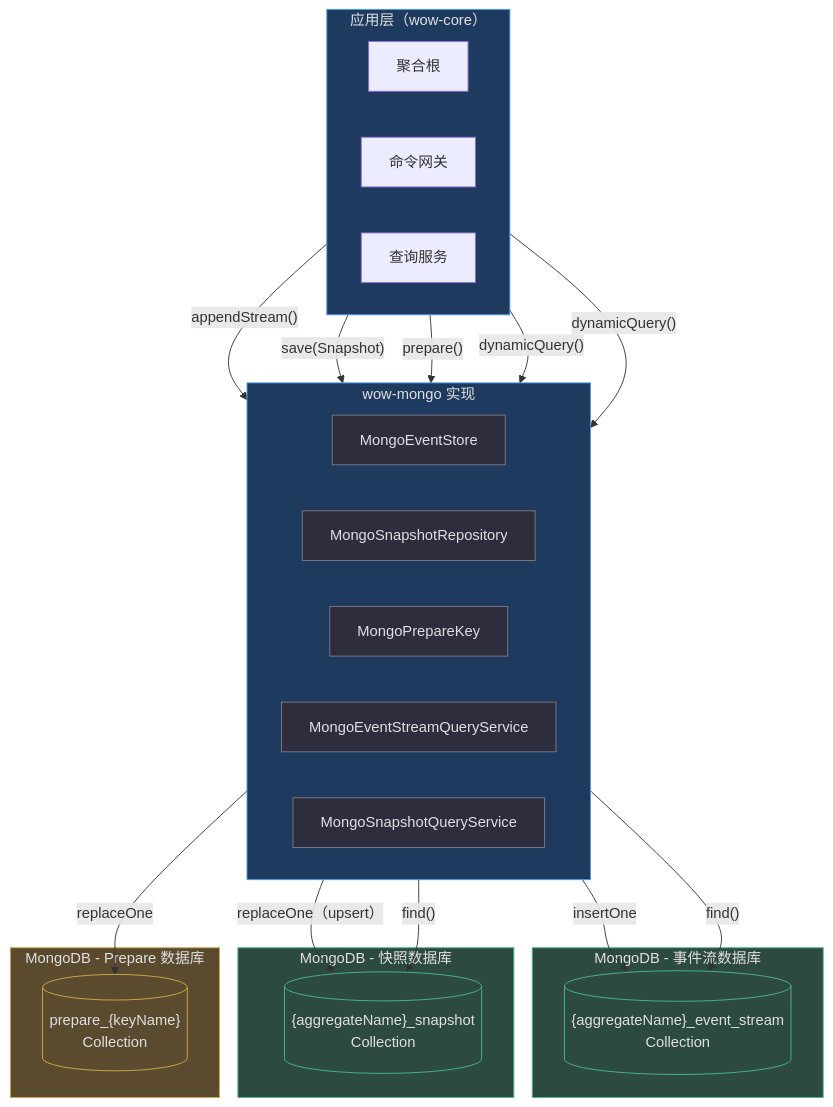
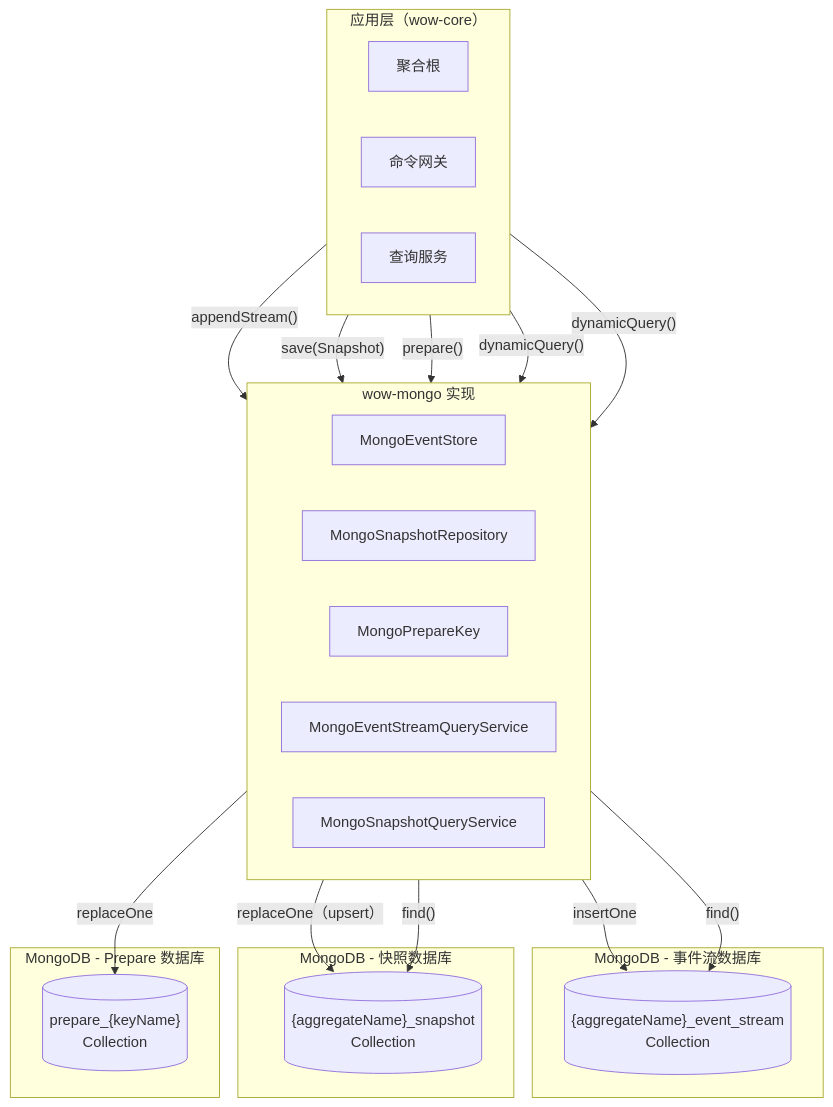
One commit to Ahoo-Wang/Wow changed the first of 3 diagrams in documentation/docs/zh/deep-dive/integrations/mongodb.md. Above: the diagram before and after it, drawn with Mermaid. The commit also changed 32 other files, not shown here.

Commit message:
docs: remove unsupported style/classDef directives from stateDiagram-v2 Mermaid blocks

````diff
--- a/documentation/docs/zh/deep-dive/integrations/mongodb.md
+++ b/documentation/docs/zh/deep-dive/integrations/mongodb.md
@@ -17,55 +17,42 @@
 ```mermaid
 graph TB
     subgraph App["应用层（wow-core）"]
         direction LR
         AR["聚合根"]
         CM["命令网关"]
         QS["查询服务"]
     end
 
     subgraph MongoEvent["MongoDB - 事件流数据库"]
         ESColl[("{aggregateName}_event_stream<br>Collection")]
     end
 
     subgraph MongoSnap["MongoDB - 快照数据库"]
         SSCol[("{aggregateName}_snapshot<br>Collection")]
     end
 
     subgraph MongoPrep["MongoDB - Prepare 数据库"]
         PKCol[("prepare_{keyName}<br>Collection")]
     end
 
     subgraph Impl["wow-mongo 实现"]
         direction LR
         MES["MongoEventStore"]
         MSR["MongoSnapshotRepository"]
         MPK["MongoPrepareKey"]
         MESQ["MongoEventStreamQueryService"]
         MSQS["MongoSnapshotQueryService"]
     end
 
     AR -->|"appendStream()"| MES
     MES -->|"insertOne"| ESColl
     AR -->|"save(Snapshot)"| MSR
     MSR -->|"replaceOne（upsert）"| SSCol
     CM -->|"prepare()"| MPK
     MPK -->|"replaceOne"| PKCol
     QS -->|"dynamicQuery()"| MESQ
     MESQ -->|"find()"| ESColl
     QS -->|"dynamicQuery()"| MSQS
     MSQS -->|"find()"| SSCol
 
-    style App fill:#1e3a5f,stroke:#4a9eed,color:#e0e0e0
-    style MongoEvent fill:#2d4a3e,stroke:#4aba8a,color:#e0e0e0
-    style MongoSnap fill:#2d4a3e,stroke:#4aba8a,color:#e0e0e0
-    style MongoPrep fill:#5a4a2e,stroke:#d4a84b,color:#e0e0e0
-    style Impl fill:#1e3a5f,stroke:#4a9eed,color:#e0e0e0
-    style MES fill:#2d2d3d,stroke:#7a7a8a,color:#e0e0e0
-    style MSR fill:#2d2d3d,stroke:#7a7a8a,color:#e0e0e0
-    style MPK fill:#2d2d3d,stroke:#7a7a8a,color:#e0e0e0
-    style MESQ fill:#2d2d3d,stroke:#7a7a8a,color:#e0e0e0
-    style MSQS fill:#2d2d3d,stroke:#7a7a8a,color:#e0e0e0
-    style ESColl fill:#2d4a3e,stroke:#4aba8a,color:#e0e0e0
-    style SSCol fill:#2d4a3e,stroke:#4aba8a,color:#e0e0e0
-    style PKCol fill:#5a4a2e,stroke:#d4a84b,color:#e0e0e0
 ```
````
